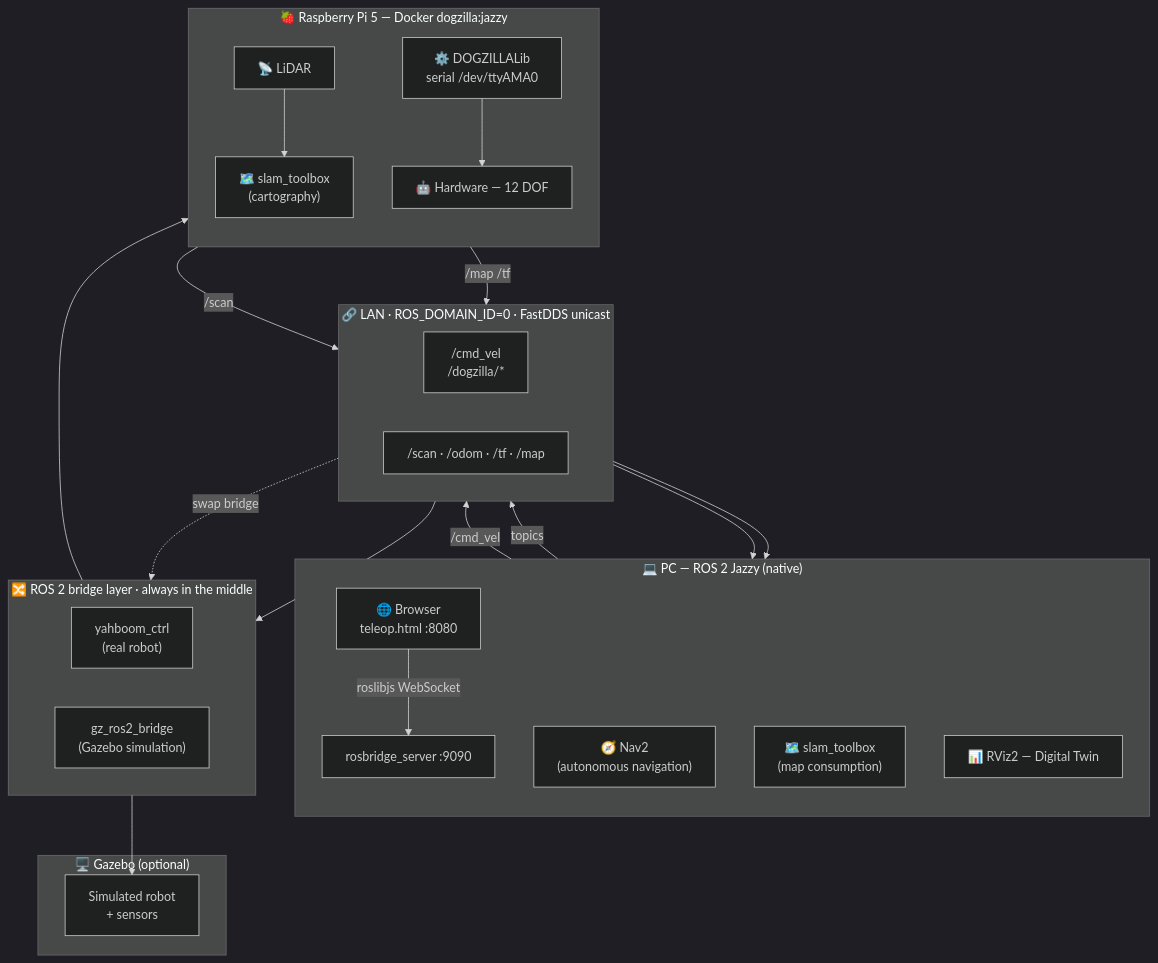
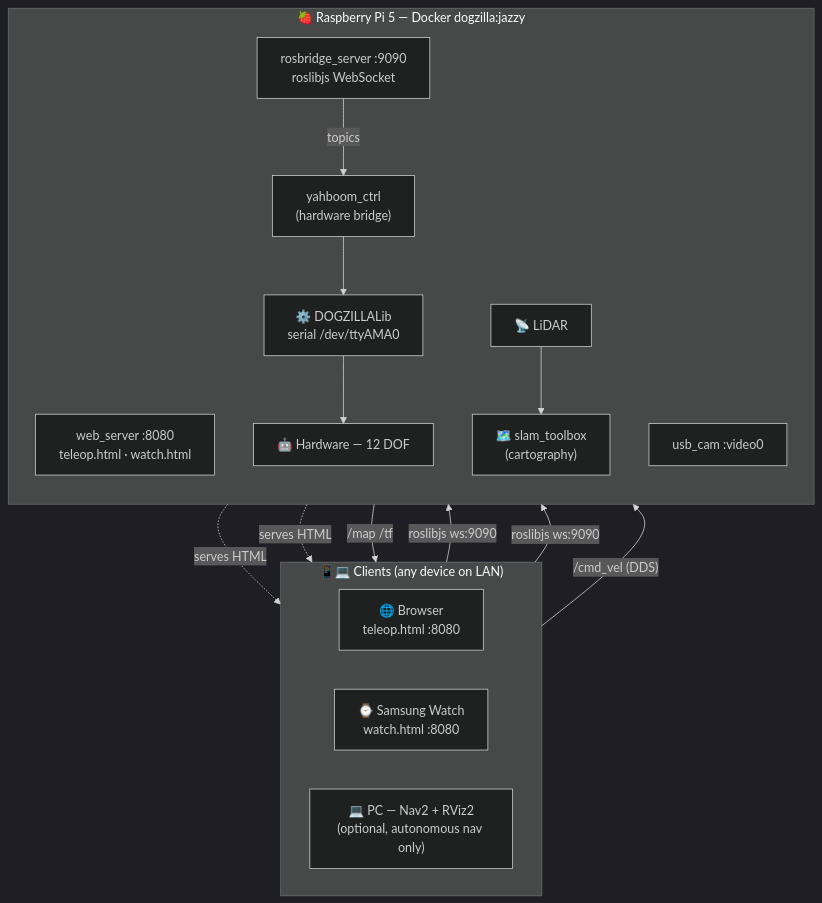
One commit to auCamelia/dogzilla changed the diagram in README.md. Above: the diagram before and after it, drawn with Mermaid (dark theme). The commit also changed other lines of this file, not shown here.

First line of the commit message:
Update README: teleop on Pi, full node reference, Mode D (Nav2)

````diff
--- a/README.md
+++ b/README.md
@@ -22,48 +22,32 @@
 ```mermaid
 graph TB
-    subgraph PC["💻  PC — ROS 2 Jazzy (native)"]
-        direction TB
+    subgraph CLIENTS["📱💻  Clients (any device on LAN)"]
+        direction LR
         Browser["🌐 Browser\nteleop.html :8080"]
-        RB["rosbridge_server :9090"]
-        Nav2["🧭 Nav2\n(autonomous navigation)"]
-        SLAM_PC["🗺️ slam_toolbox\n(map consumption)"]
-        RViz["📊 RViz2 — Digital Twin"]
-        Browser -- roslibjs WebSocket --> RB
-    end
-
-    subgraph BRIDGE["🔀  ROS 2 bridge layer  ·  always in the middle"]
-        direction LR
-        B1["yahboom_ctrl\n(real robot)"]
-        B2["gz_ros2_bridge\n(Gazebo simulation)"]
-    end
-
-    subgraph NET["🔗  LAN · ROS_DOMAIN_ID=0 · FastDDS unicast"]
-        direction LR
-        T1["/cmd_vel\n/dogzilla/*"]
-        T2["/scan · /odom · /tf · /map"]
+        Watch["⌚ Samsung Watch\nwatch.html :8080"]
+        NavPC["💻 PC — Nav2 + RViz2\n(optional, autonomous nav only)"]
     end
 
     subgraph PI["🍓  Raspberry Pi 5 — Docker dogzilla:jazzy"]
         direction TB
-        SLAM_PI["🗺️ slam_toolbox\n(cartography)"]
+        WS["web_server :8080\nteleop.html · watch.html"]
+        RB["rosbridge_server :9090\nroslibjs WebSocket"]
+        CTRL["yahboom_ctrl\n(hardware bridge)"]
         LIB["⚙️ DOGZILLALib\nserial /dev/ttyAMA0"]
         HW["🤖 Hardware — 12 DOF"]
+        SLAM_PI["🗺️ slam_toolbox\n(cartography)"]
+        CAM["usb_cam :video0"]
         LIDAR["📡 LiDAR"]
-        B1 --> LIB --> HW
+
+        WS -. "serves HTML" .-> Browser
+        WS -. "serves HTML" .-> Watch
+        RB -- topics --> CTRL
+        CTRL --> LIB --> HW
         LIDAR --> SLAM_PI
     end
 
-    subgraph SIM["🖥️  Gazebo (optional)"]
-        GZ["Simulated robot\n+ sensors"]
-        B2 --> GZ
-    end
-
-    RB  -- topics --> T1
-    Nav2 -- /cmd_vel --> T1
-    T1  --> B1
-    T1  -.->|swap bridge| B2
-    T2  --> RViz
-    T2  --> SLAM_PC
-    SLAM_PI -- /map /tf --> T2
-    LIDAR   -- /scan    --> T2
+    Browser -- "roslibjs ws:9090" --> RB
+    Watch   -- "roslibjs ws:9090" --> RB
+    NavPC   -- "/cmd_vel (DDS)" --> CTRL
+    SLAM_PI -- "/map /tf" --> NavPC
 ```
````
